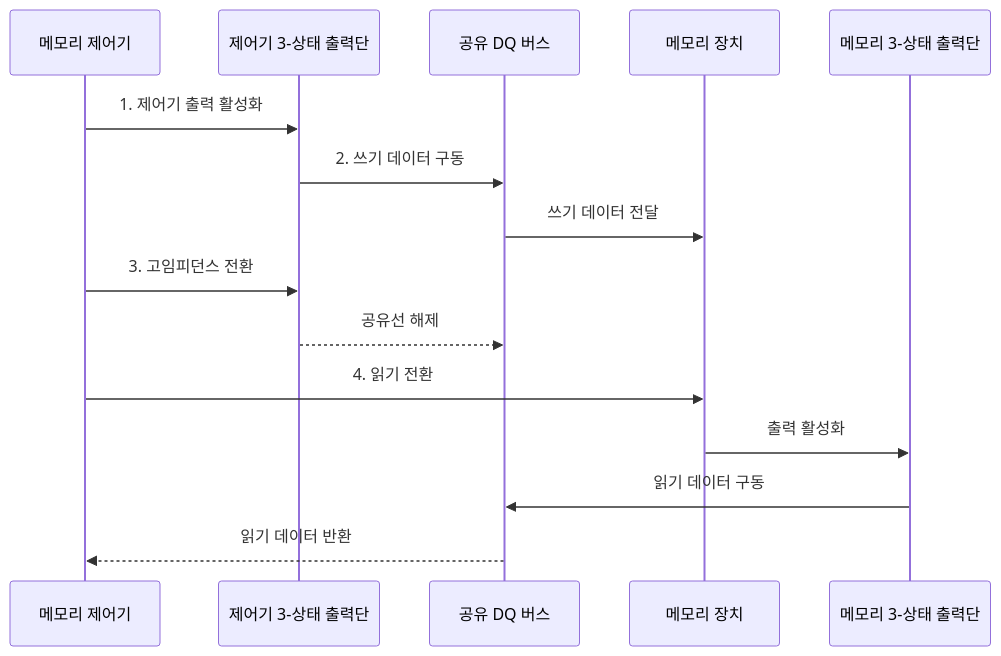
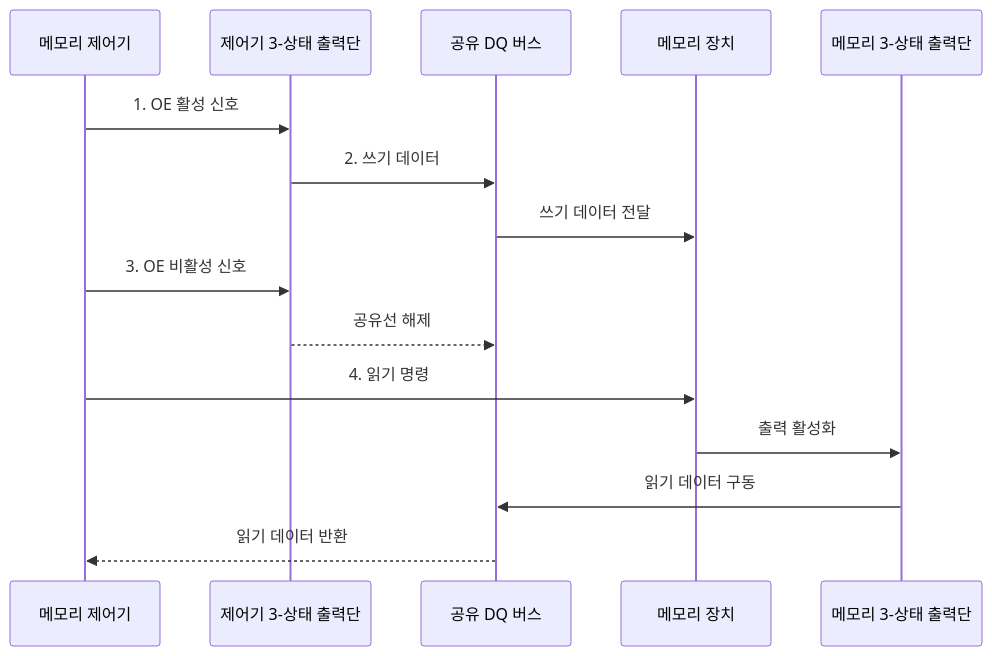
One commit to agnusdei1207/knowledge-base changed the second of 2 diagrams in src/content/docs/notes/02-hardware/037_tri_state_buffer.md. Above: the diagram before and after it, drawn with Mermaid. The commit also changed other lines of this file and 20 other files, not shown here.

````diff
--- a/src/content/docs/notes/02-hardware/037_tri_state_buffer.md
+++ b/src/content/docs/notes/02-hardware/037_tri_state_buffer.md
@@ -83,18 +86,18 @@
 ```mermaid
 sequenceDiagram
     participant C as 메모리 제어기
     participant TC as 제어기 3-상태 출력단
     participant B as 공유 DQ 버스
     participant M as 메모리 장치
     participant TM as 메모리 3-상태 출력단
 
-    C->>TC: 1. 제어기 출력 활성화
-    TC->>B: 2. 쓰기 데이터 구동
+    C->>TC: 1. OE 활성 신호
+    TC->>B: 2. 쓰기 데이터
     B->>M: 쓰기 데이터 전달
-    C->>TC: 3. 고임피던스 전환
+    C->>TC: 3. OE 비활성 신호
     TC-->>B: 공유선 해제
-    C->>M: 4. 읽기 전환
+    C->>M: 4. 읽기 명령
     M->>TM: 출력 활성화
     TM->>B: 읽기 데이터 구동
     B-->>C: 읽기 데이터 반환
 ```
````
